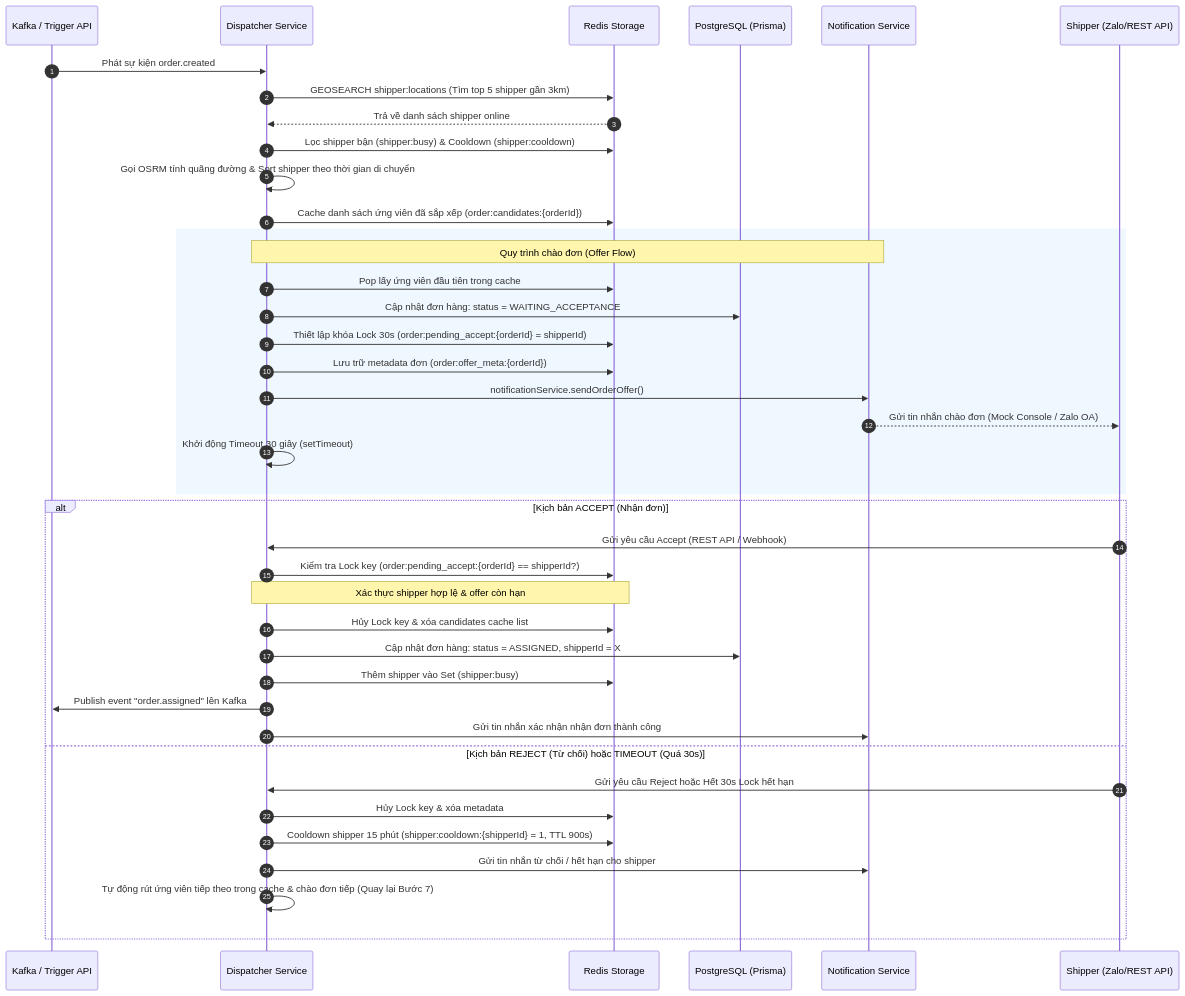
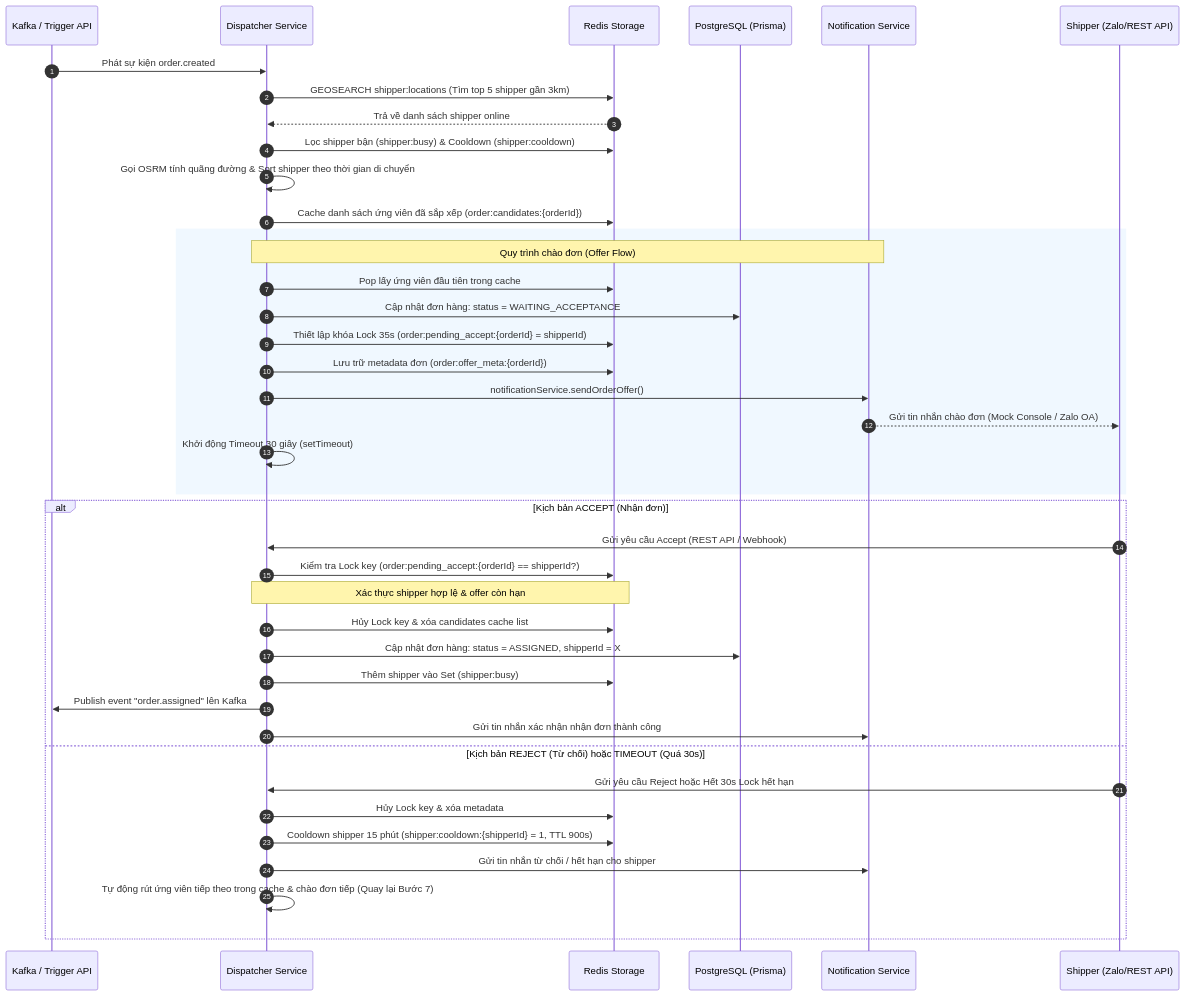
One commit to tahieuthang/zalo-delivery changed the diagram in docs/phase/phase_2_5_architecture.md. Above: the diagram before and after it, drawn with Mermaid. The commit also changed other lines of this file and 3 other files, not shown here.

Commit message:
docs: write technical spec and refine Phase 2 & 2.5 confirmation flow architectures

````diff
--- a/docs/phase/phase_2_5_architecture.md
+++ b/docs/phase/phase_2_5_architecture.md
@@ -11,45 +11,45 @@
 ```mermaid
 sequenceDiagram
     autonumber
     participant K as Kafka / Trigger API
     participant D as Dispatcher Service
     participant R as Redis Storage
     participant P as PostgreSQL (Prisma)
     participant N as Notification Service
     participant S as Shipper (Zalo/REST API)
 
     K->>D: Phát sự kiện order.created
     D->>R: GEOSEARCH shipper:locations (Tìm top 5 shipper gần 3km)
     R-->>D: Trả về danh sách shipper online
     D->>R: Lọc shipper bận (shipper:busy) & Cooldown (shipper:cooldown)
     D->>D: Gọi OSRM tính quãng đường & Sort shipper theo thời gian di chuyển
     D->>R: Cache danh sách ứng viên đã sắp xếp (order:candidates:{orderId})
     
     rect rgb(240, 248, 255)
         Note over D, N: Quy trình chào đơn (Offer Flow)
         D->>R: Pop lấy ứng viên đầu tiên trong cache
         D->>P: Cập nhật đơn hàng: status = WAITING_ACCEPTANCE
-        D->>R: Thiết lập khóa Lock 30s (order:pending_accept:{orderId} = shipperId)
+        D->>R: Thiết lập khóa Lock 35s (order:pending_accept:{orderId} = shipperId)
         D->>R: Lưu trữ metadata đơn (order:offer_meta:{orderId})
         D->>N: notificationService.sendOrderOffer()
         N-->>S: Gửi tin nhắn chào đơn (Mock Console / Zalo OA)
         D->>D: Khởi động Timeout 30 giây (setTimeout)
     end
 
     alt Kịch bản ACCEPT (Nhận đơn)
         S->>D: Gửi yêu cầu Accept (REST API / Webhook)
         D->>R: Kiểm tra Lock key (order:pending_accept:{orderId} == shipperId?)
         Note over D, R: Xác thực shipper hợp lệ & offer còn hạn
         D->>R: Hủy Lock key & xóa candidates cache list
         D->>P: Cập nhật đơn hàng: status = ASSIGNED, shipperId = X
         D->>R: Thêm shipper vào Set (shipper:busy)
         D->>K: Publish event "order.assigned" lên Kafka
         D->>N: Gửi tin nhắn xác nhận nhận đơn thành công
     else Kịch bản REJECT (Từ chối) hoặc TIMEOUT (Quá 30s)
         S->>D: Gửi yêu cầu Reject hoặc Hết 30s Lock hết hạn
         D->>R: Hủy Lock key & xóa metadata
         D->>R: Cooldown shipper 15 phút (shipper:cooldown:{shipperId} = 1, TTL 900s)
         D->>N: Gửi tin nhắn từ chối / hết hạn cho shipper
         D->>D: Tự động rút ứng viên tiếp theo trong cache & chào đơn tiếp (Quay lại Bước 7)
     end
 ```
````
